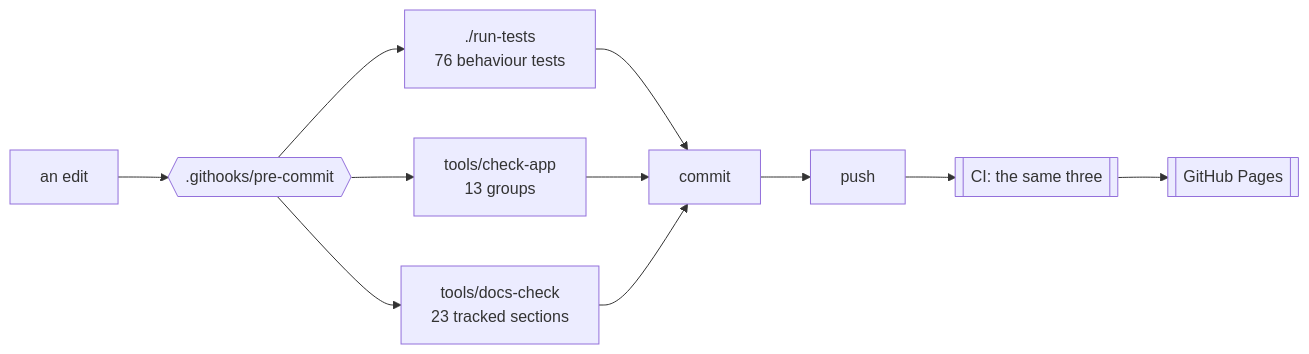
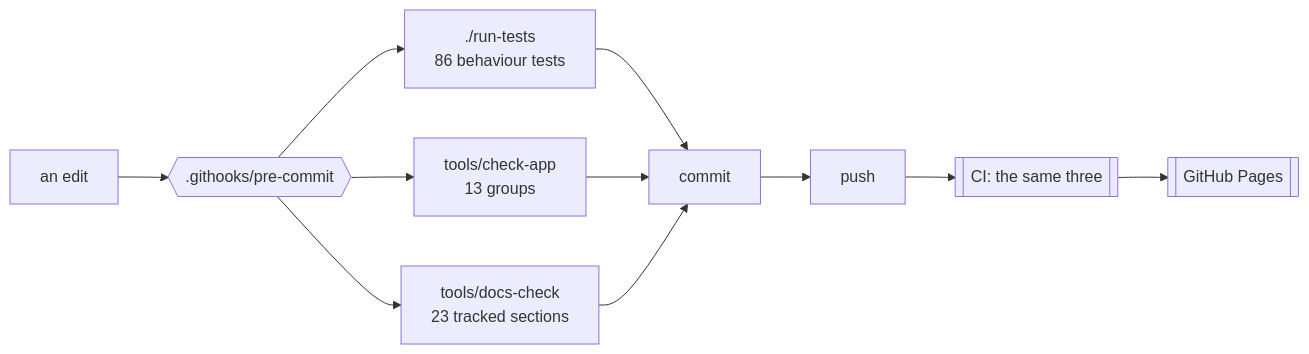
Before and after one commit to minormending/crystal-pilot-mobile: the diagram in docs/DEVELOPING.md, drawn with Mermaid. The commit also changed other lines of this file and 6 other files, not shown here.

````diff
--- a/docs/DEVELOPING.md
+++ b/docs/DEVELOPING.md
@@ -15,12 +15,12 @@
 ```mermaid
 flowchart LR
     E[an edit] --> H{{".githooks/pre-commit"}}
-    H --> T["./run-tests<br/>76 behaviour tests"]
+    H --> T["./run-tests<br/>86 behaviour tests"]
     H --> C["tools/check-app<br/>13 groups"]
     H --> D["tools/docs-check<br/>23 tracked sections"]
     T --> OK[commit]
     C --> OK
     D --> OK
     OK --> P[push] --> CI[["CI: the same three"]]
     CI --> PG[[GitHub Pages]]
 ```
````
